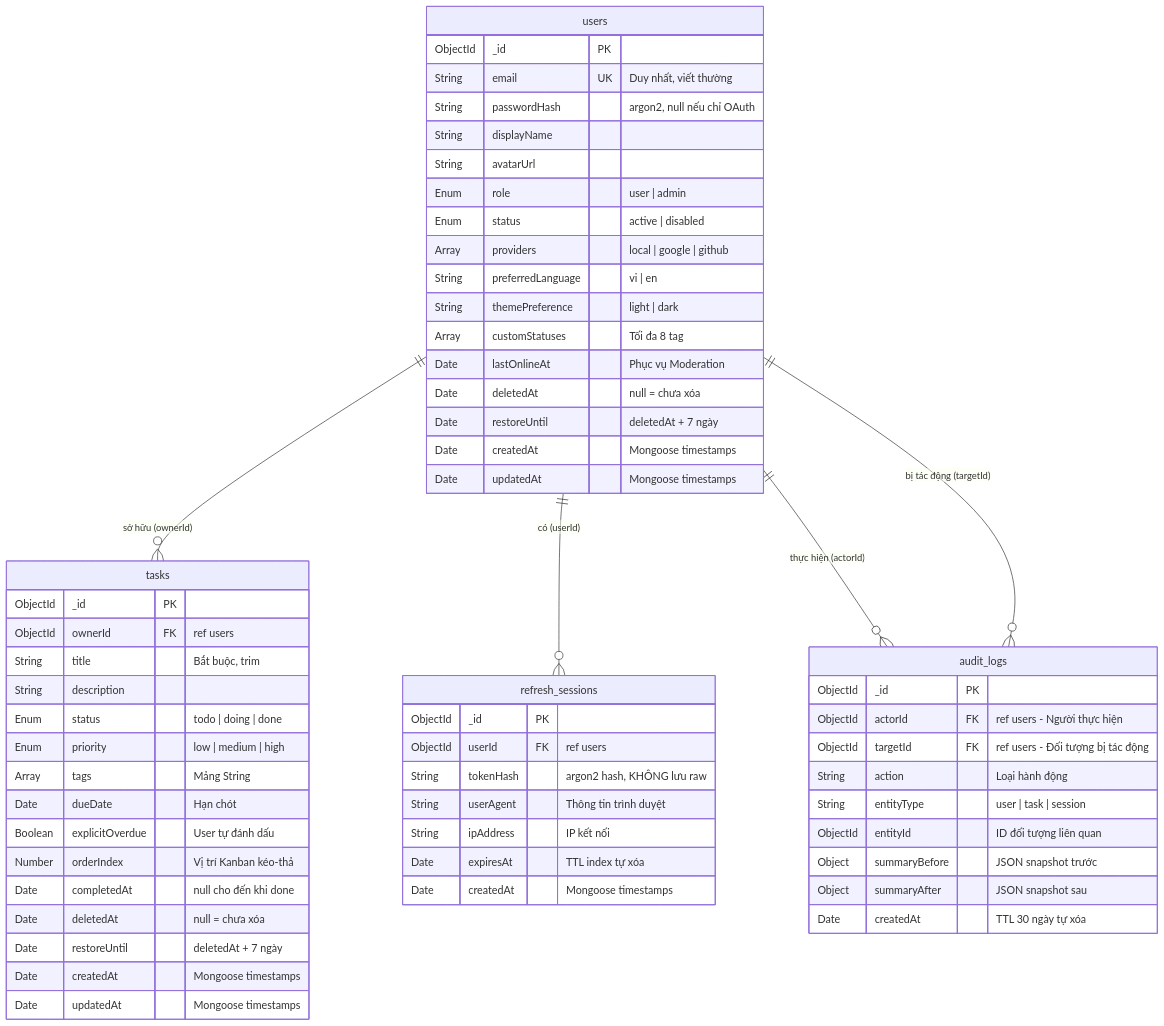
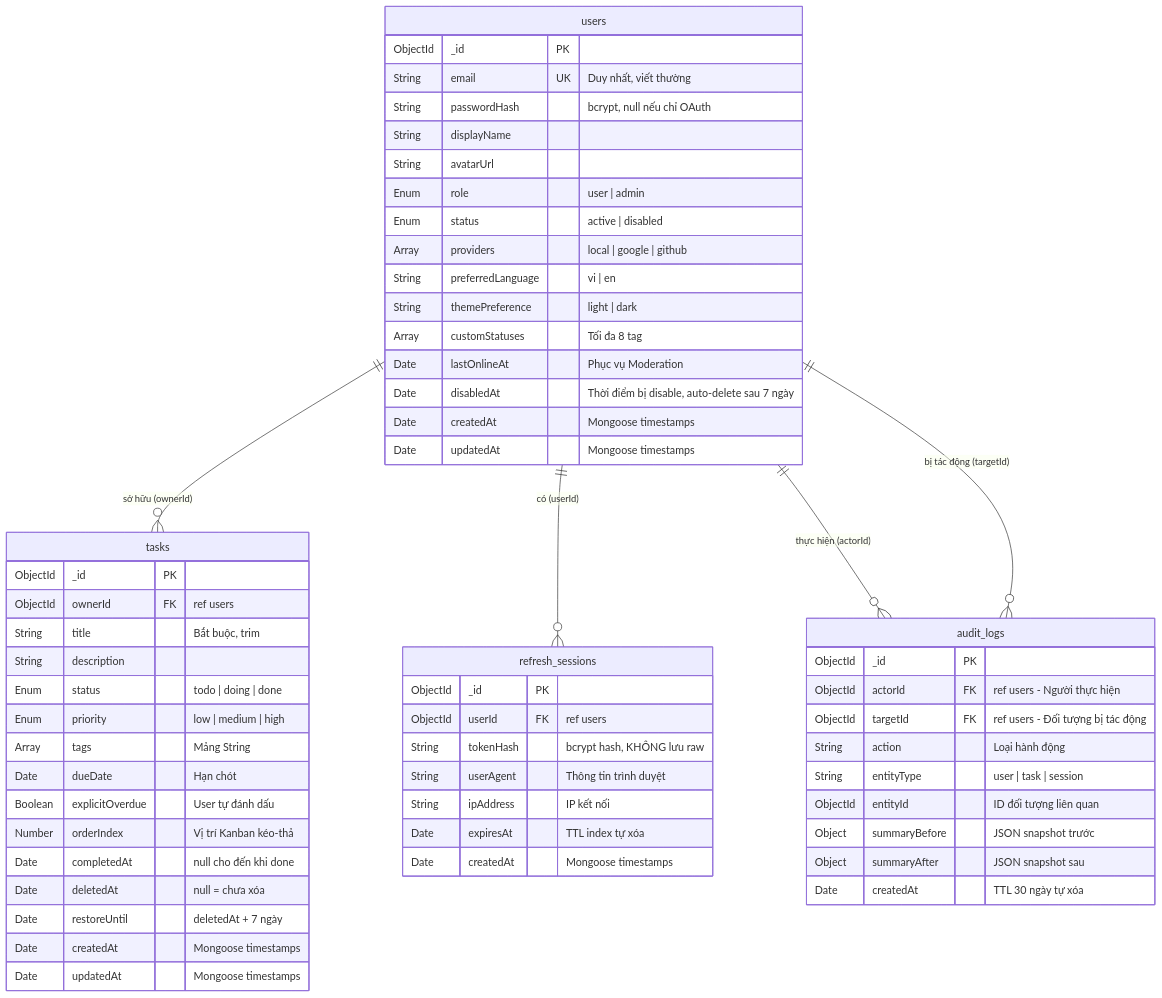
Before and after one commit to vanhuy2005/to-do-list: the diagram in docs/02-thiet-ke-csdl.md, drawn with Mermaid. The commit also changed other lines of this file and 7 other files, not shown here.

````diff
--- a/docs/02-thiet-ke-csdl.md
+++ b/docs/02-thiet-ke-csdl.md
@@ -9,66 +9,65 @@
 ```mermaid
 erDiagram
     users ||--o{ tasks : "sở hữu (ownerId)"
     users ||--o{ refresh_sessions : "có (userId)"
     users ||--o{ audit_logs : "thực hiện (actorId)"
     users ||--o{ audit_logs : "bị tác động (targetId)"
 
     users {
         ObjectId _id PK
         String email UK "Duy nhất, viết thường"
-        String passwordHash "argon2, null nếu chỉ OAuth"
+        String passwordHash "bcrypt, null nếu chỉ OAuth"
         String displayName
         String avatarUrl
         Enum role "user | admin"
         Enum status "active | disabled"
         Array providers "local | google | github"
         String preferredLanguage "vi | en"
         String themePreference "light | dark"
         Array customStatuses "Tối đa 8 tag"
         Date lastOnlineAt "Phục vụ Moderation"
-        Date deletedAt "null = chưa xóa"
-        Date restoreUntil "deletedAt + 7 ngày"
+        Date disabledAt "Thời điểm bị disable, auto-delete sau 7 ngày"
         Date createdAt "Mongoose timestamps"
         Date updatedAt "Mongoose timestamps"
     }
 
     tasks {
         ObjectId _id PK
         ObjectId ownerId FK "ref users"
         String title "Bắt buộc, trim"
         String description
         Enum status "todo | doing | done"
         Enum priority "low | medium | high"
         Array tags "Mảng String"
         Date dueDate "Hạn chót"
         Boolean explicitOverdue "User tự đánh dấu"
         Number orderIndex "Vị trí Kanban kéo-thả"
         Date completedAt "null cho đến khi done"
         Date deletedAt "null = chưa xóa"
         Date restoreUntil "deletedAt + 7 ngày"
         Date createdAt "Mongoose timestamps"
         Date updatedAt "Mongoose timestamps"
     }
 
     refresh_sessions {
         ObjectId _id PK
         ObjectId userId FK "ref users"
-        String tokenHash "argon2 hash, KHÔNG lưu raw"
+        String tokenHash "bcrypt hash, KHÔNG lưu raw"
         String userAgent "Thông tin trình duyệt"
         String ipAddress "IP kết nối"
         Date expiresAt "TTL index tự xóa"
         Date createdAt "Mongoose timestamps"
     }
 
     audit_logs {
         ObjectId _id PK
         ObjectId actorId FK "ref users - Người thực hiện"
         ObjectId targetId FK "ref users - Đối tượng bị tác động"
         String action "Loại hành động"
         String entityType "user | task | session"
         ObjectId entityId "ID đối tượng liên quan"
         Object summaryBefore "JSON snapshot trước"
         Object summaryAfter "JSON snapshot sau"
         Date createdAt "TTL 30 ngày tự xóa"
     }
 ```
````
